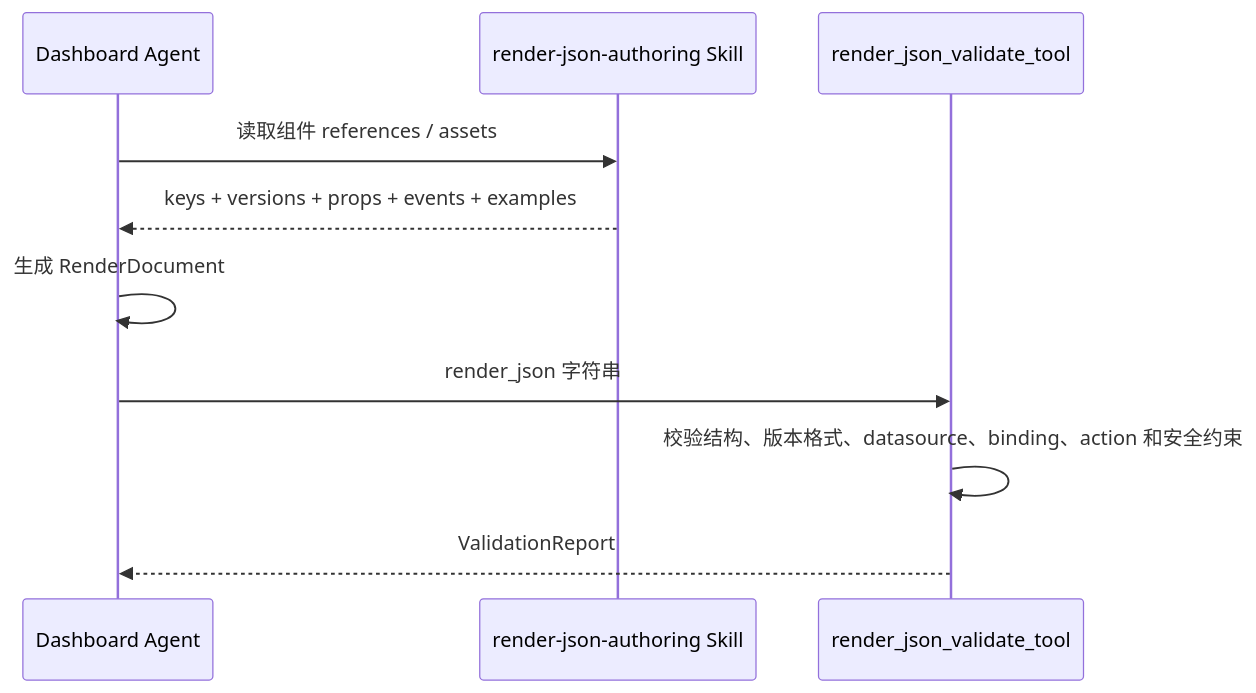
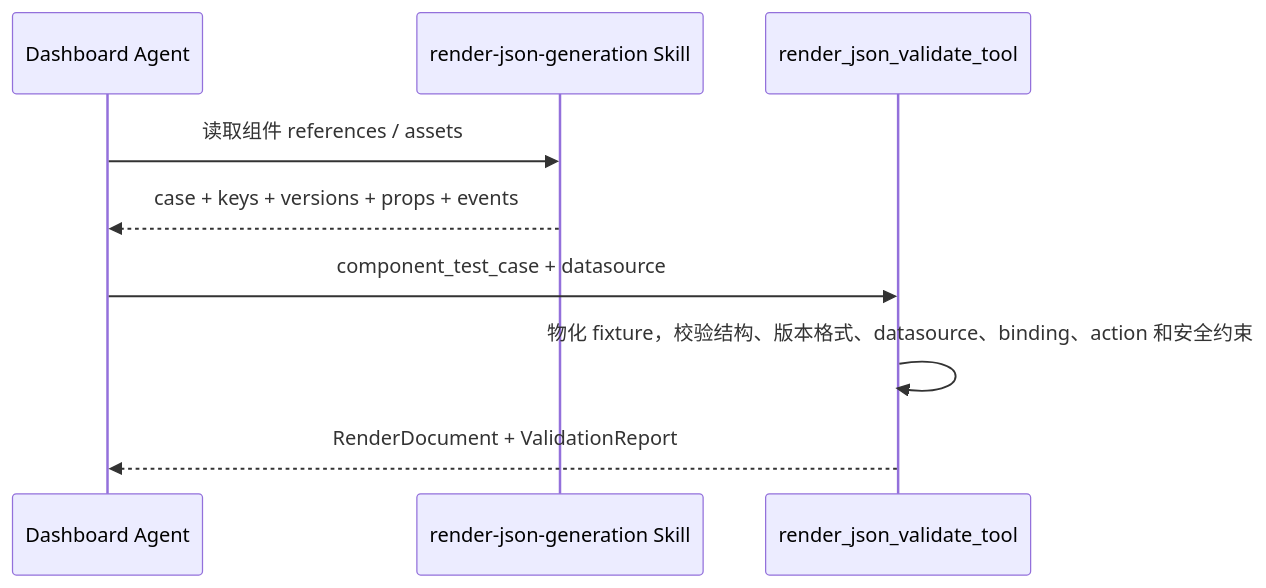
Before and after one commit to jouzitong/ai-assit-platform: the first of 2 diagrams in docs/technical/render-json/ai-generation-and-validation.md, drawn with Mermaid. The commit also changed other lines of this file and 56 other files, not shown here.

First line of the commit message:
feat(echarts): 支持source字段绑定和图表渲染优化

````diff
--- a/docs/technical/render-json/ai-generation-and-validation.md
+++ b/docs/technical/render-json/ai-generation-and-validation.md
@@ -46,13 +45,12 @@
 ```mermaid
 sequenceDiagram
     participant Agent as Dashboard Agent
-    participant Skill as render-json-authoring Skill
+    participant Skill as render-json-generation Skill
     participant Validator as render_json_validate_tool
 
     Agent->>Skill: 读取组件 references / assets
-    Skill-->>Agent: keys + versions + props + events + examples
-    Agent->>Agent: 生成 RenderDocument
-    Agent->>Validator: render_json 字符串
-    Validator->>Validator: 校验结构、版本格式、datasource、binding、action 和安全约束
-    Validator-->>Agent: ValidationReport
+    Skill-->>Agent: case + keys + versions + props + events
+    Agent->>Validator: component_test_case + datasource
+    Validator->>Validator: 物化 fixture，校验结构、版本格式、datasource、binding、action 和安全约束
+    Validator-->>Agent: RenderDocument + ValidationReport
 ```
````
